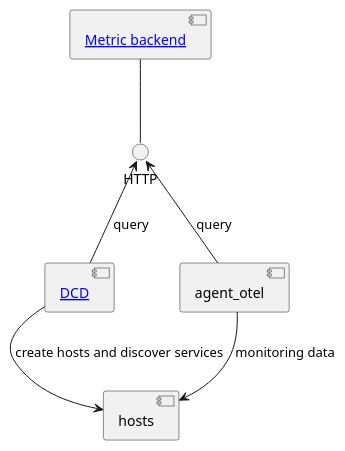
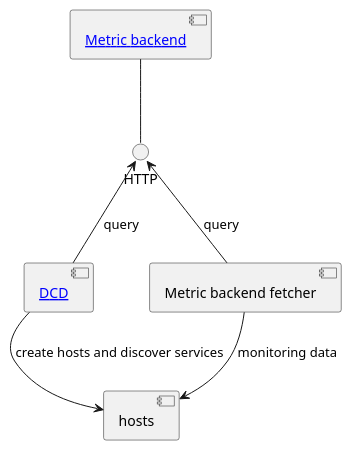
Before and after one commit to Checkmk/checkmk: the diagram in doc/documentation/arch-comp-otel-monitoring-dcd.puml, drawn with PlantUML. The commit also changed 1 other file, not shown here.

Commit message:
OTel: Rename the metric backend fetcher files and functions
Rename function and files that have leftover names from when the fetcher was still a special agent. This should make the purpose and responsibility of the files and functions clearer for the future and reduce technical debt.

Also drop the stale cmk.telemetry.fetcher.agent_otel entry from the cmk.fetcher_helper allow list in module_layers.toml -- nothing in the helper has imported it since the dependency injection was dropped -- and stop naming an "agent_otel" component in the DCD architecture diagram.

CMK-37450

```diff
--- a/doc/documentation/arch-comp-otel-monitoring-dcd.puml
+++ b/doc/documentation/arch-comp-otel-monitoring-dcd.puml
@@ -1,15 +1,15 @@
 @startuml
 
 component "[[../arch-comp-metric-backend.html Metric backend]]" as metric_backend
 interface "HTTP" as http_metric_backend
 component "[[../arch-comp-dcdd.html DCD]]" as dcd
 component "hosts" as hosts
-component "agent_otel" as agent_otel
+component "Metric backend fetcher" as metric_backend_fetcher
 
 metric_backend -down- http_metric_backend
 dcd -up-> http_metric_backend: query
-agent_otel -up-> http_metric_backend: query
+metric_backend_fetcher -up-> http_metric_backend: query
 dcd -down-> hosts: create hosts and discover services
-agent_otel -down-> hosts: monitoring data
+metric_backend_fetcher -down-> hosts: monitoring data
 
 @enduml
```
